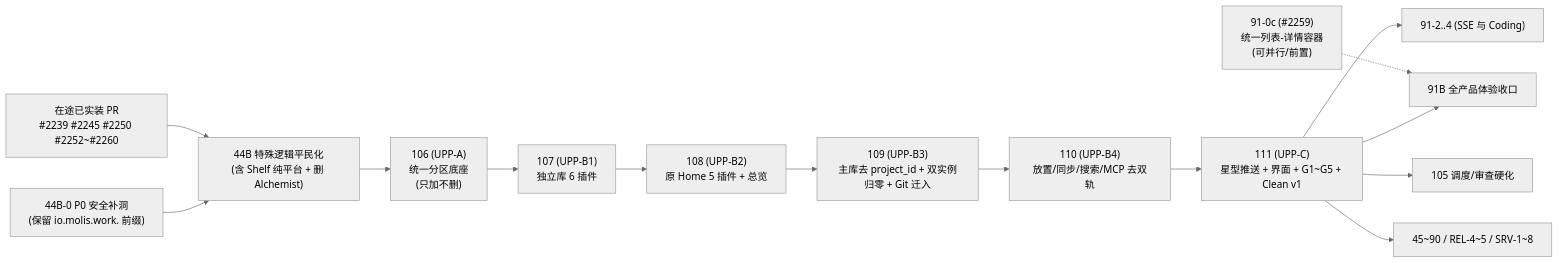
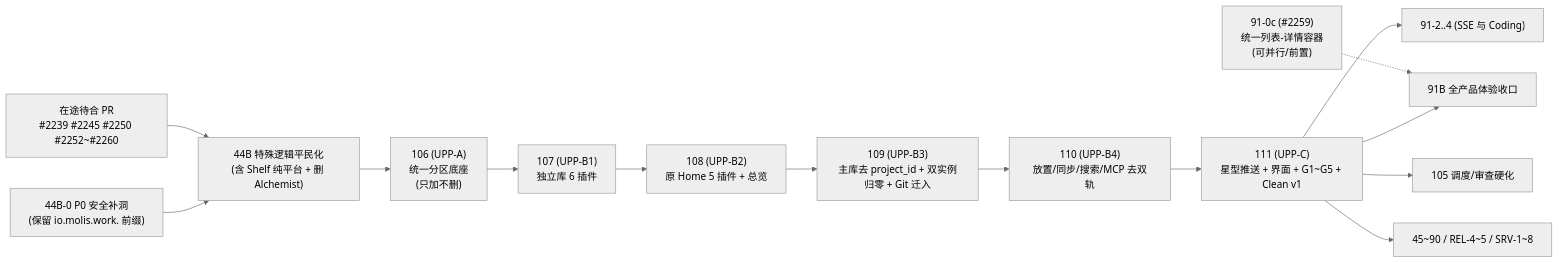
The diagram in specs/plugin-specials-demotion/implementation-plan.md (molis-ai/molis-work), drawn with Mermaid (neutral theme) before and after one commit. The commit also changed other lines of this file and 8 other files, not shown here.

````diff
--- a/specs/plugin-specials-demotion/implementation-plan.md
+++ b/specs/plugin-specials-demotion/implementation-plan.md
@@ -46,16 +46,16 @@
 ```mermaid
 flowchart LR
-  INFLIGHT["在途已实装 PR<br/>#2239 #2245 #2250 #2252~#2260"] --> B44B["44B 特殊逻辑平民化<br/>(含 Shelf 纯平台 + 删 Alchemist)"]
+  INFLIGHT["在途待合 PR<br/>#2239 #2245 #2250 #2252~#2260"] --> B44B["44B 特殊逻辑平民化<br/>(含 Shelf 纯平台 + 删 Alchemist)"]
   B44B0["44B-0 P0 安全补洞<br/>(保留 io.molis.work. 前缀)"] --> B44B
   B910C["91-0c (#2259)<br/>统一列表-详情容器<br/>(可并行/前置)"] -.-> B91B
   B44B --> B106["106 (UPP-A)<br/>统一分区底座<br/>(只加不删)"]
   B106 --> B107["107 (UPP-B1)<br/>独立库 6 插件"]
   B107 --> B108["108 (UPP-B2)<br/>原 Home 5 插件 + 总览"]
   B108 --> B109["109 (UPP-B3)<br/>主库去 project_id + 双实例归零 + Git 迁入"]
   B109 --> B110["110 (UPP-B4)<br/>放置/同步/搜索/MCP 去双轨"]
   B110 --> B111["111 (UPP-C)<br/>星型推送 + 界面 + G1~G5 + Clean v1"]
   B111 --> B91A["91-2..4 (SSE 与 Coding)"]
   B111 --> B91B["91B 全产品体验收口"]
   B111 --> B105["105 调度/审查硬化"]
   B111 --> DOWN["45~90 / REL-4~5 / SRV-1~8"]
 ```
````
